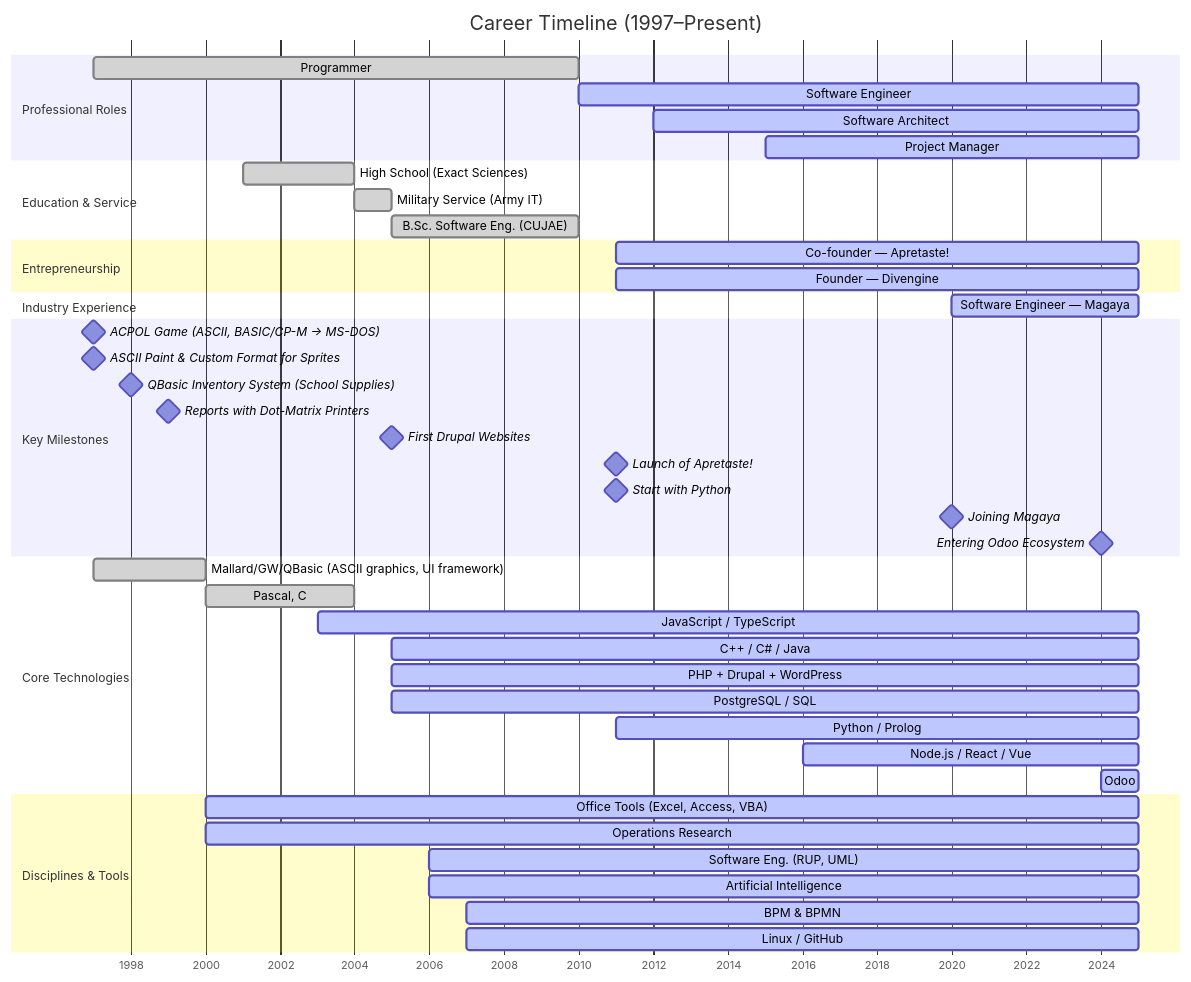
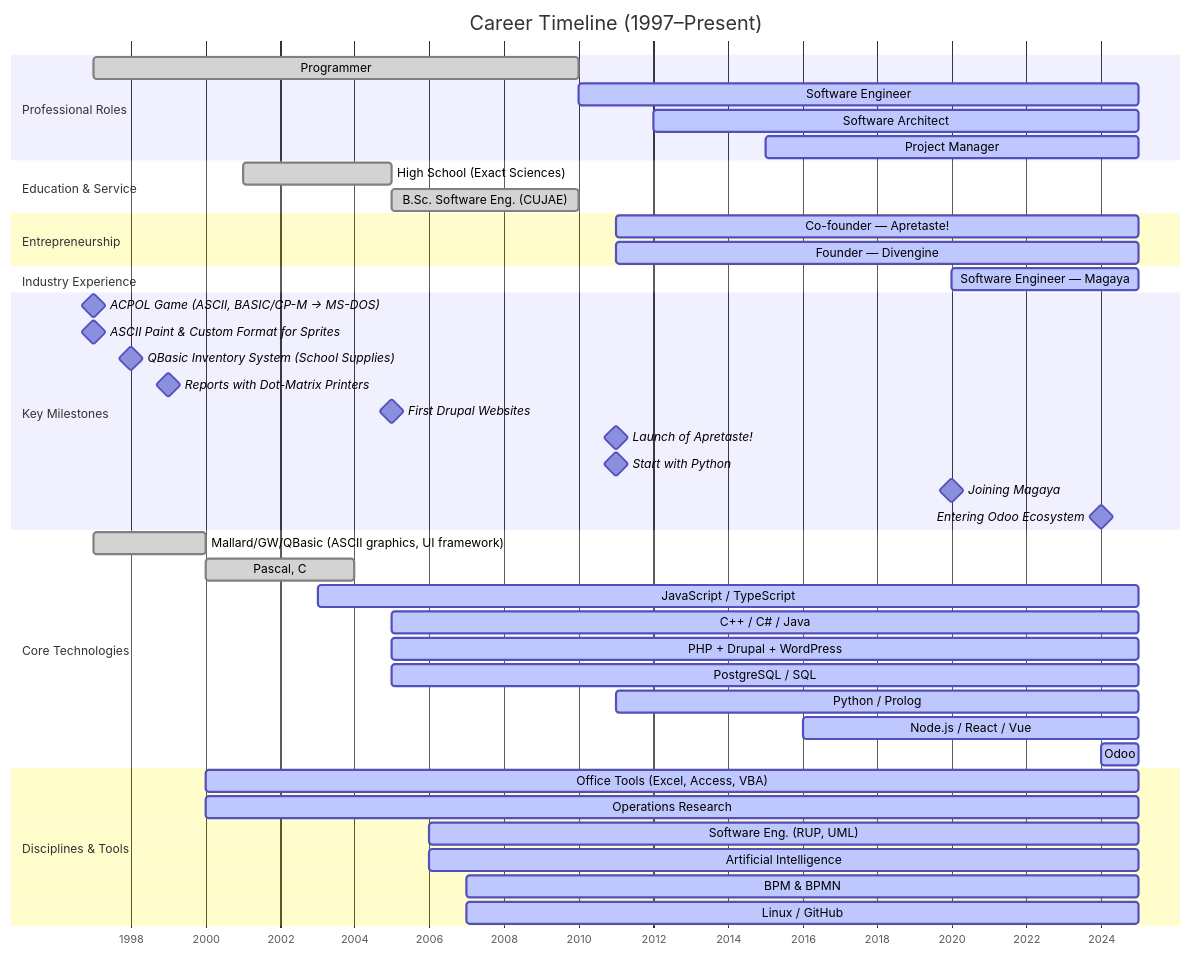
The diagram in README.md (rafageist/rafageist), drawn with Mermaid before and after one commit.

Commit message:
Modify High School education end year to 2005
Updated the end year for High School education.

````diff
--- a/README.md
+++ b/README.md
@@ -22,55 +22,54 @@
 ```mermaid
 gantt
     dateFormat  YYYY
     axisFormat  %Y
     title  Career Timeline (1997–Present)
     todayMarker on
 
     section Professional Roles
     Programmer                  :done,   1997, 2010
     Software Engineer           :active, 2010, 2025
     Software Architect          :active, 2012, 2025
     Project Manager             :active, 2015, 2025
 
     section Education & Service
-    High School (Exact Sciences) :done, 2001, 2004
-    Military Service (Army IT)   :done, 2004, 2005
+    High School (Exact Sciences) :done, 2001, 2005
     B.Sc. Software Eng. (CUJAE)  :done, 2005, 2010
 
     section Entrepreneurship
     Co-founder — Apretaste!     :active, 2011, 2025
     Founder — Divengine         :active, 2011, 2025
 
     section Industry Experience
     Software Engineer — Magaya  :active, 2020, 2025
 
     section Key Milestones
     ACPOL Game (ASCII, BASIC/CP-M → MS-DOS)   :milestone, 1997, 0y
     ASCII Paint & Custom Format for Sprites   :milestone, 1997, 0y
     QBasic Inventory System (School Supplies) :milestone, 1998, 0y
     Reports with Dot-Matrix Printers          :milestone, 1999, 0y
     First Drupal Websites                     :milestone, 2005, 0y
     Launch of Apretaste!                      :milestone, 2011, 0y
     Start with Python                         :milestone, 2011, 0y
     Joining Magaya                            :milestone, 2020, 0y
     Entering Odoo Ecosystem                   :milestone, 2024, 0y
 
     section Core Technologies
     Mallard/GW/QBasic (ASCII graphics, UI framework) :done, 1997, 2000
     Pascal, C                                  :done,   2000, 2004
     JavaScript / TypeScript                    :active, 2003, 2025
     C++ / C# / Java                            :active, 2005, 2025
     PHP + Drupal + WordPress                   :active, 2005, 2025
     PostgreSQL / SQL                           :active, 2005, 2025
     Python / Prolog                            :active, 2011, 2025
     Node.js / React / Vue                      :active, 2016, 2025
     Odoo                                       :active, 2024, 2025
 
     section Disciplines & Tools
     Office Tools (Excel, Access, VBA) :active, 2000, 2025
     Operations Research               :active, 2000, 2025
     Software Eng. (RUP, UML)          :active, 2006, 2025
     Artificial Intelligence           :active, 2006, 2025
     BPM & BPMN                        :active, 2007, 2025
     Linux / GitHub                    :active, 2007, 2025
 ```
````
